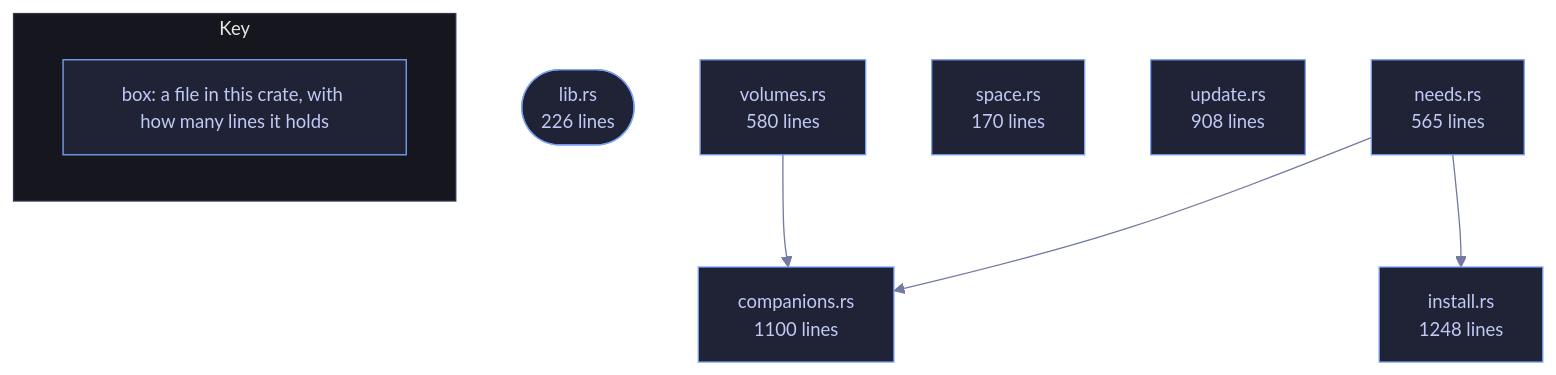
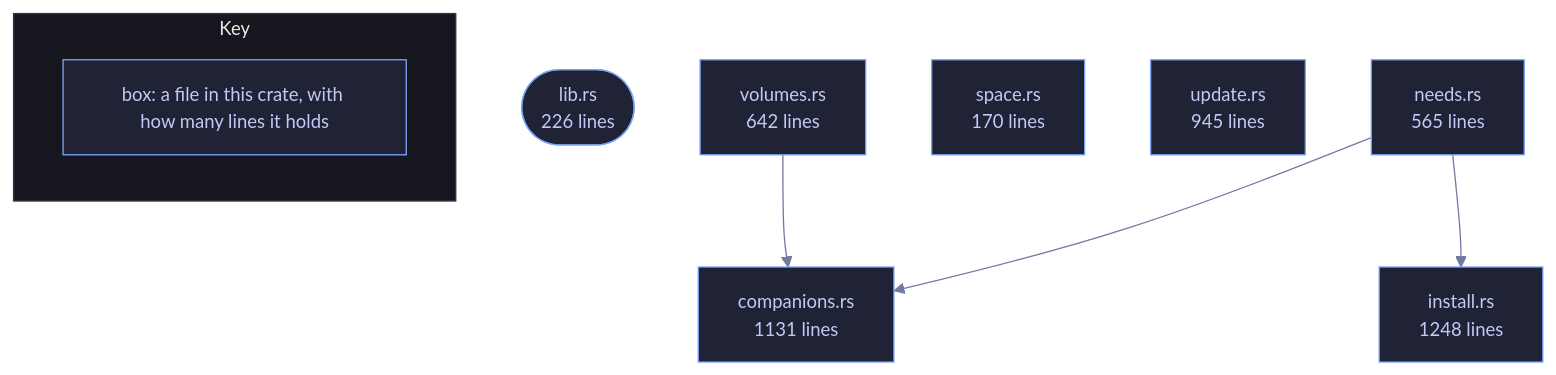
The diagram in crates/veilvoice-setup/README.md (tilas01/veilvoice), drawn with Mermaid before and after one commit. The commit also changed other lines of this file and 514 other files, not shown here.

````diff
--- a/crates/veilvoice-setup/README.md
+++ b/crates/veilvoice-setup/README.md
@@ -108,25 +108,25 @@
 ```mermaid
 %%{init: {"theme":"base","themeVariables":{"background":"#1a1b26","primaryColor":"#1f2335","primaryTextColor":"#c0caf5","primaryBorderColor":"#7aa2f7","secondaryColor":"#16161e","tertiaryColor":"#16161e","lineColor":"#737aa2","textColor":"#c0caf5","mainBkg":"#1f2335","nodeBorder":"#7aa2f7","clusterBkg":"#16161e","clusterBorder":"#2f3549","fontFamily":"ui-monospace, SFMono-Regular, Consolas, monospace","fontSize":"14px"}}}%%
 flowchart TD
     n_lib(["lib.rs<br/>226 lines"])
-    n_companions["companions.rs<br/>1100 lines"]
+    n_companions["companions.rs<br/>1131 lines"]
     n_install["install.rs<br/>1248 lines"]
     n_needs["needs.rs<br/>565 lines"]
     n_space["space.rs<br/>170 lines"]
-    n_update["update.rs<br/>908 lines"]
-    n_volumes["volumes.rs<br/>580 lines"]
+    n_update["update.rs<br/>945 lines"]
+    n_volumes["volumes.rs<br/>642 lines"]
     n_needs --> n_companions
     n_needs --> n_install
     n_volumes --> n_companions
     click n_lib href "https://github.com/tilas01/veilvoice/blob/main/crates/veilvoice-setup/src/lib.rs" "open the source"
     click n_companions href "https://github.com/tilas01/veilvoice/blob/main/crates/veilvoice-setup/src/companions.rs" "open the source"
     click n_install href "https://github.com/tilas01/veilvoice/blob/main/crates/veilvoice-setup/src/install.rs" "open the source"
     click n_needs href "https://github.com/tilas01/veilvoice/blob/main/crates/veilvoice-setup/src/needs.rs" "open the source"
     click n_space href "https://github.com/tilas01/veilvoice/blob/main/crates/veilvoice-setup/src/space.rs" "open the source"
     click n_update href "https://github.com/tilas01/veilvoice/blob/main/crates/veilvoice-setup/src/update.rs" "open the source"
     click n_volumes href "https://github.com/tilas01/veilvoice/blob/main/crates/veilvoice-setup/src/volumes.rs" "open the source"
     subgraph chart_key ["Key"]
         direction LR
         key_box["box: a file in this crate, with how many lines it holds"]
     end
 ```
````
